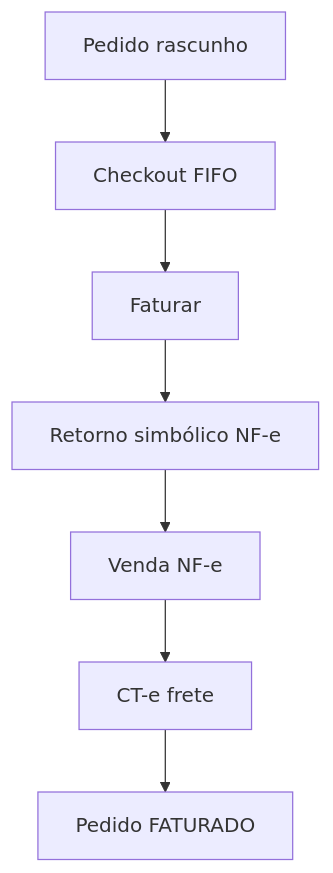
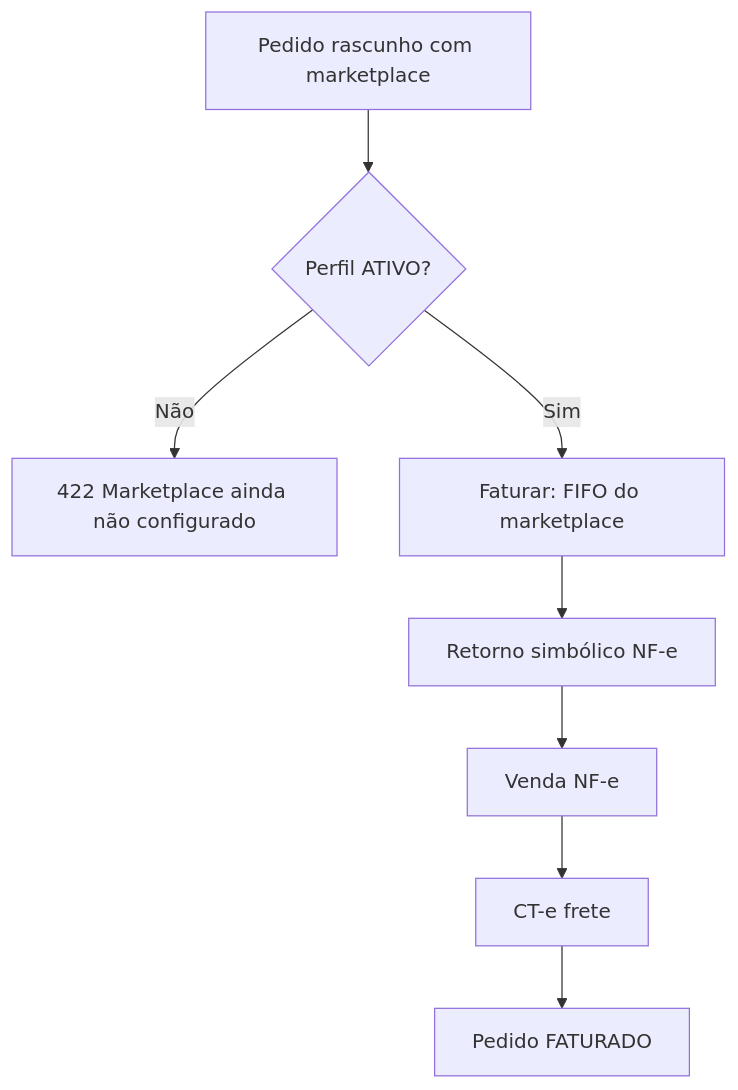
Before and after one commit to Matheus-santos7/MSimulation-XML: the seventh of 10 diagrams in backend/README.md, drawn with Mermaid. The commit also changed other lines of this file and 1 other file, not shown here.

````diff
--- a/backend/README.md
+++ b/backend/README.md
@@ -478,9 +400,10 @@
 ```mermaid
 flowchart TD
-  P1[Pedido rascunho] --> P2[Checkout FIFO]
-  P2 --> P3[Faturar]
+  P1[Pedido rascunho com marketplace] --> P2{Perfil ATIVO?}
+  P2 -->|Não| X[422 Marketplace ainda não configurado]
+  P2 -->|Sim| P3[Faturar: FIFO do marketplace]
   P3 --> R1[Retorno simbólico NF-e]
   R1 --> R2[Venda NF-e]
   R2 --> R3[CT-e frete]
   R3 --> DONE[Pedido FATURADO]
 ```
````
